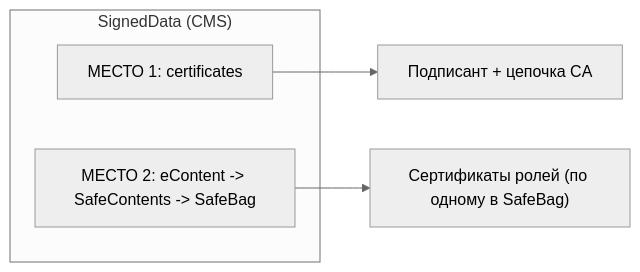
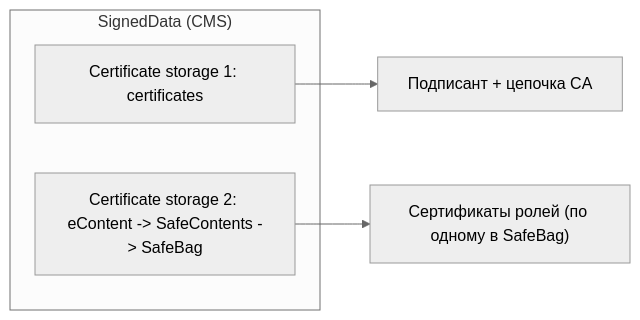
One commit to ardlen/atom-a changed the second of 3 diagrams in docs/REGISTRY_ARCHITECTURE.md. Above: the diagram before and after it, drawn with Mermaid (neutral theme). The commit also changed other lines of this file and 14 other files, not shown here.

````diff
--- a/docs/REGISTRY_ARCHITECTURE.md
+++ b/docs/REGISTRY_ARCHITECTURE.md
@@ -74,9 +72,9 @@
 ```mermaid
 flowchart LR
   subgraph SignedData ["SignedData (CMS)"]
-    M1["МЕСТО 1: certificates"]
-    M2["МЕСТО 2: eContent -> SafeContents -> SafeBag"]
+    M1["Certificate storage 1: certificates"]
+    M2["Certificate storage 2: eContent -> SafeContents -> SafeBag"]
   end
   M1 --> A["Подписант + цепочка CA"]
   M2 --> B["Сертификаты ролей (по одному в SafeBag)"]
 ```
````
